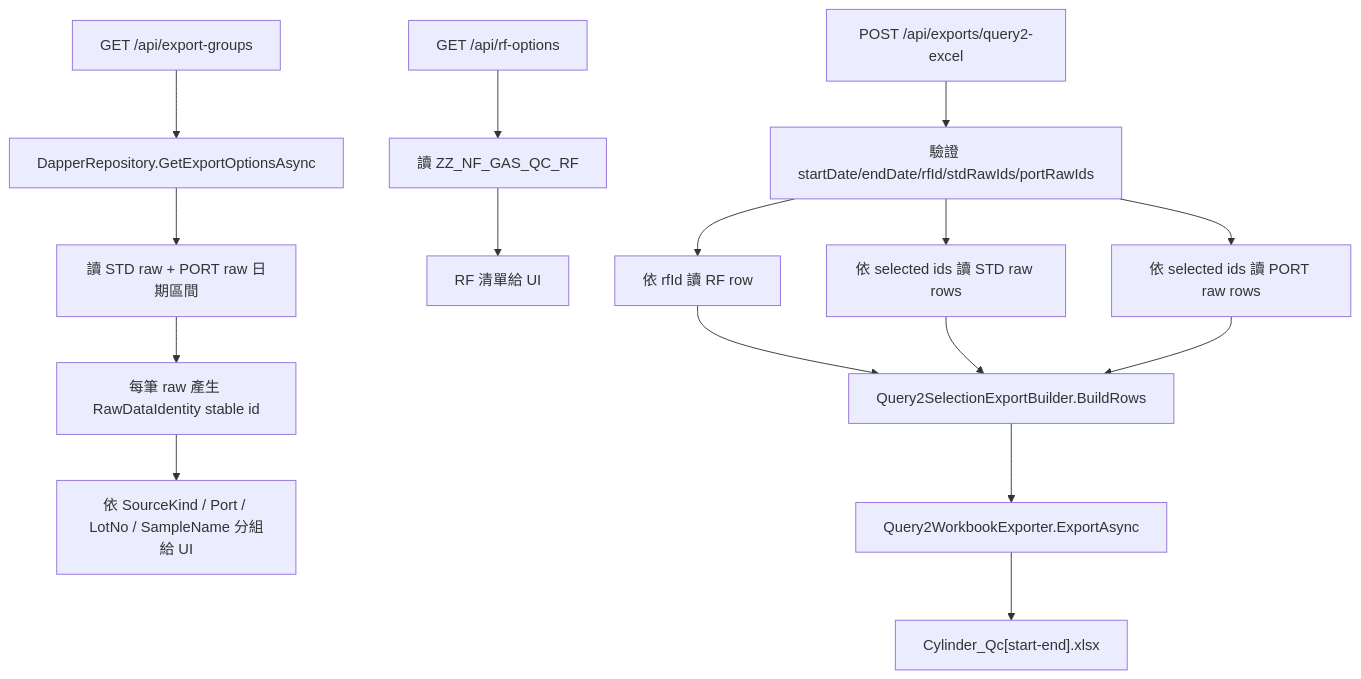
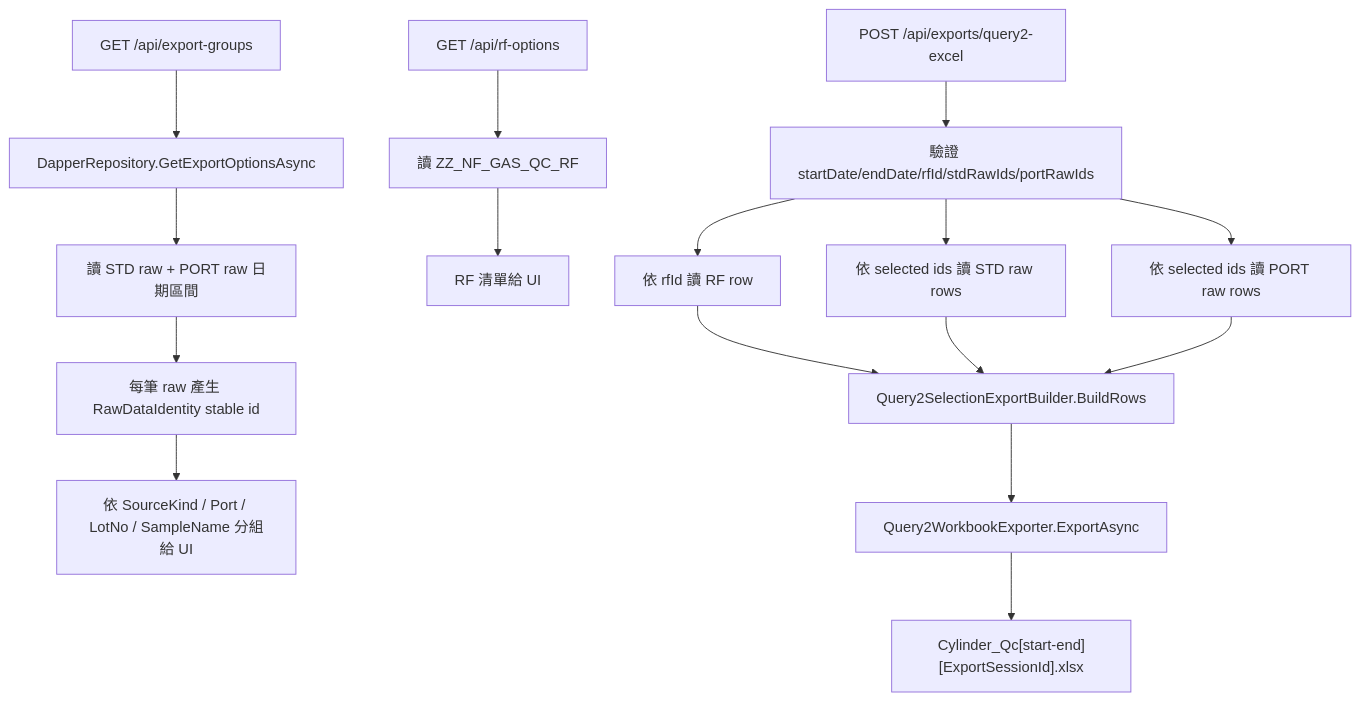
The first of 2 diagrams in src/JinZhaoYi.GasQcDataLoader/Docs/Query2Excel_FromDbRawData_README.md (WeYuTech-H5/JinZhaoYi-GasCylinder-QC-DataLoader), drawn with Mermaid before and after one commit. The commit also changed other lines of this file and 7 other files, not shown here.

````diff
--- a/src/JinZhaoYi.GasQcDataLoader/Docs/Query2Excel_FromDbRawData_README.md
+++ b/src/JinZhaoYi.GasQcDataLoader/Docs/Query2Excel_FromDbRawData_README.md
@@ -26,20 +30,20 @@
 ```mermaid
 flowchart TD
     A["GET /api/export-groups"] --> B["DapperRepository.GetExportOptionsAsync"]
     B --> C["讀 STD raw + PORT raw 日期區間"]
     C --> D["每筆 raw 產生 RawDataIdentity stable id"]
     D --> E["依 SourceKind / Port / LotNo / SampleName 分組給 UI"]
 
     F["GET /api/rf-options"] --> G["讀 ZZ_NF_GAS_QC_RF"]
     G --> H["RF 清單給 UI"]
 
     I["POST /api/exports/query2-excel"] --> J["驗證 startDate/endDate/rfId/stdRawIds/portRawIds"]
     J --> K["依 rfId 讀 RF row"]
     J --> L["依 selected ids 讀 STD raw rows"]
     J --> M["依 selected ids 讀 PORT raw rows"]
     K --> N["Query2SelectionExportBuilder.BuildRows"]
     L --> N
     M --> N
     N --> O["Query2WorkbookExporter.ExportAsync"]
-    O --> P["Cylinder_Qc[start-end].xlsx"]
+    O --> P["Cylinder_Qc[start-end][ExportSessionId].xlsx"]
 ```
````
